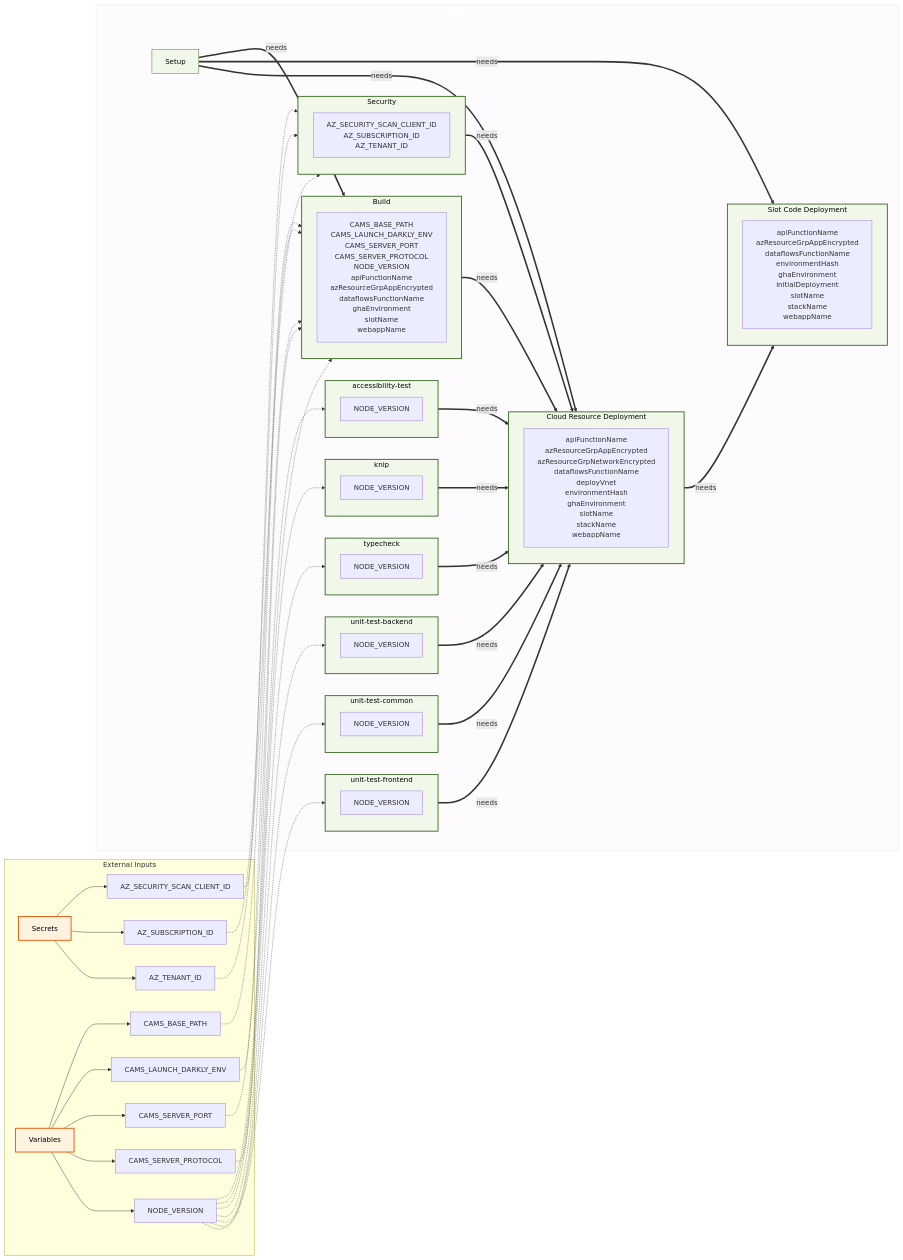
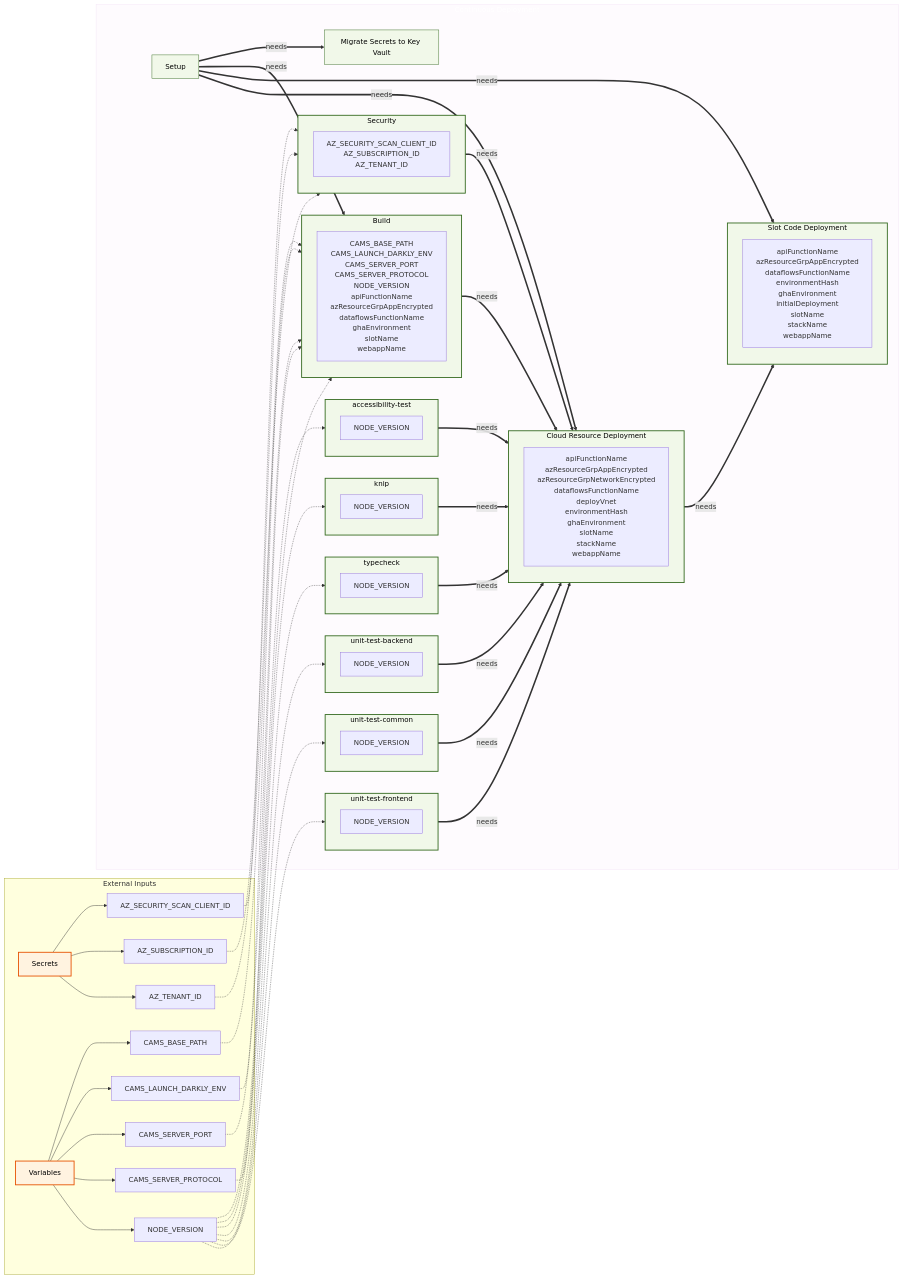
Before and after one commit to US-Trustee-Program/Bankruptcy-Oversight-Support-Systems: the eighth of 25 diagrams in docs/operations/workflow-diagram.md, drawn with Mermaid. The commit also changed other lines of this file and 2 other files, not shown here.

First line of the commit message:
Add secret migration job to continuous-deployment

```diff
--- a/docs/operations/workflow-diagram.md
+++ b/docs/operations/workflow-diagram.md
@@ -338,6 +341,7 @@
 
     subgraph continuous_deployment_workflow["Continuous Deployment"]
         setup["Setup"]
+        migrate_secrets_to_keyvault["Migrate Secrets to Key Vault"]
         subgraph accessibility_test_subgraph["accessibility-test"]
             accessibility_test_vars["NODE_VERSION"]
         end
@@ -400,6 +404,7 @@
     setup ==>|"needs"| build_subgraph
     setup ==>|"needs"| deploy_code_slot_subgraph
     setup ==>|"needs"| deploy_subgraph
+    setup ==>|"needs"| migrate_secrets_to_keyvault
     typecheck_subgraph ==>|"needs"| deploy_subgraph
     unit_test_backend_subgraph ==>|"needs"| deploy_subgraph
     unit_test_common_subgraph ==>|"needs"| deploy_subgraph
@@ -417,6 +422,7 @@
     class deploy_subgraph jobSubgraph
     class deploy_code_slot_subgraph jobSubgraph
     class knip_subgraph jobSubgraph
+    class migrate_secrets_to_keyvault job
     class security_scan_subgraph jobSubgraph
     class setup job
     class typecheck_subgraph jobSubgraph
```
